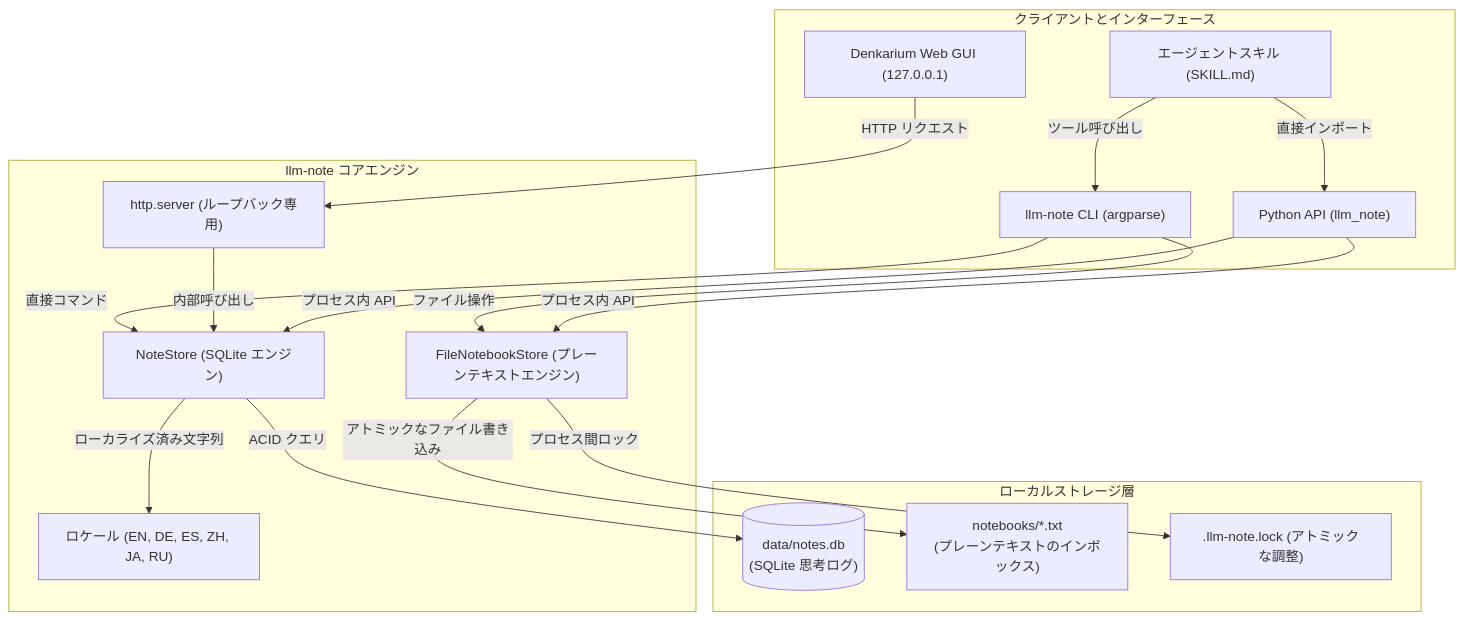
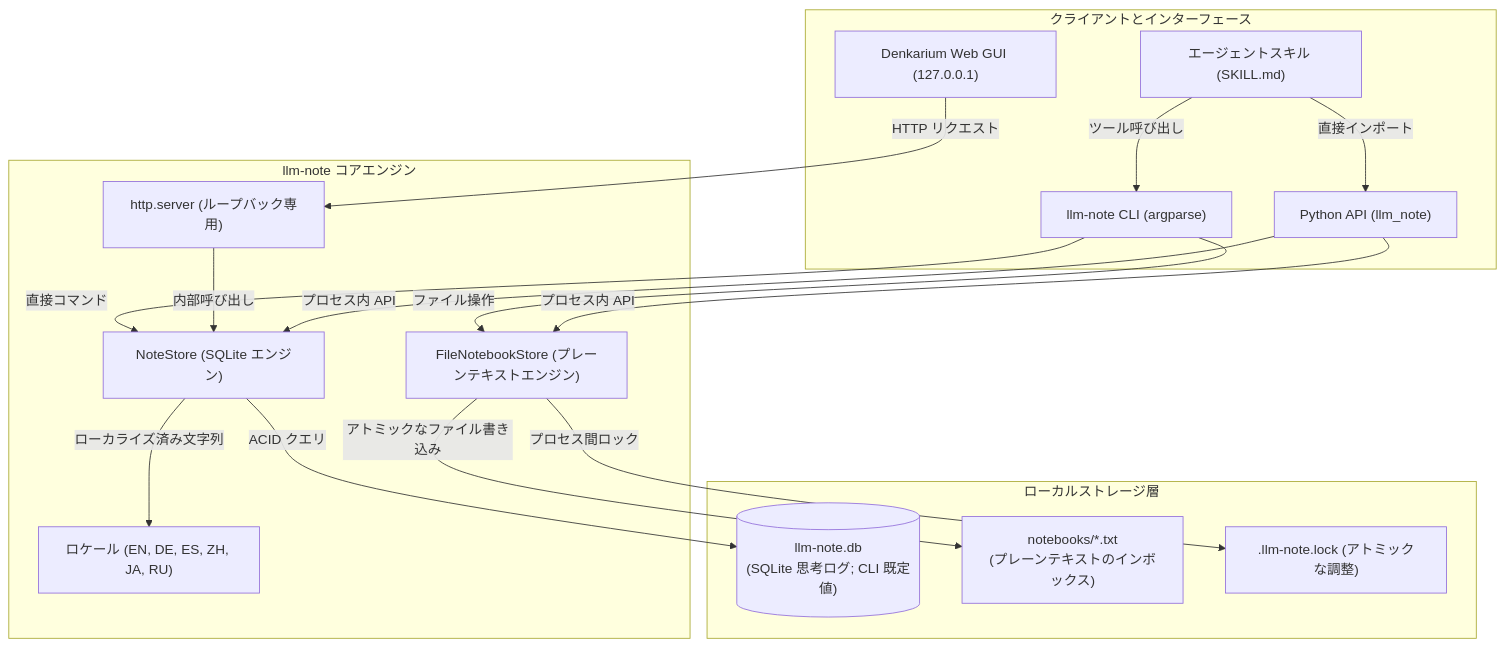
The first of 2 diagrams in README_ja.md (doc-bricks/llm-note), drawn with Mermaid before and after one commit. The commit also changed other lines of this file and 14 other files, not shown here.

````diff
--- a/README_ja.md
+++ b/README_ja.md
@@ -99,36 +94,36 @@
 ```mermaid
 graph TD
     subgraph Clients["クライアントとインターフェース"]
         CLI["llm-note CLI (argparse)"]
         GUI["Denkarium Web GUI (127.0.0.1)"]
         PyAPI["Python API (llm_note)"]
         Skill["エージェントスキル (SKILL.md)"]
     end
 
     subgraph CoreEngine["llm-note コアエンジン"]
         NoteStore["NoteStore (SQLite エンジン)"]
         FileStore["FileNotebookStore (プレーンテキストエンジン)"]
         HTTP["http.server (ループバック専用)"]
         I18N["ロケール (EN, DE, ES, ZH, JA, RU)"]
     end
 
     subgraph LocalStorage["ローカルストレージ層"]
-        DB[("data/notes.db<br/>(SQLite 思考ログ)")]
+        DB[("llm-note.db<br/>(SQLite 思考ログ; CLI 既定値)")]
         Notebooks["notebooks/*.txt<br/>(プレーンテキストのインボックス)"]
         LockFile[".llm-note.lock (アトミックな調整)"]
     end
 
     CLI -->|"直接コマンド"| NoteStore
     CLI -->|"ファイル操作"| FileStore
     GUI -->|"HTTP リクエスト"| HTTP
     HTTP -->|"内部呼び出し"| NoteStore
     PyAPI -->|"プロセス内 API"| NoteStore
     PyAPI -->|"プロセス内 API"| FileStore
     Skill -->|"ツール呼び出し"| CLI
     Skill -->|"直接インポート"| PyAPI
 
     NoteStore -->|"ACID クエリ"| DB
     NoteStore -->|"ローカライズ済み文字列"| I18N
     FileStore -->|"アトミックなファイル書き込み"| Notebooks
     FileStore -->|"プロセス間ロック"| LockFile
 ```
````
